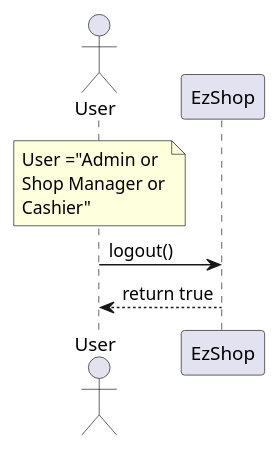
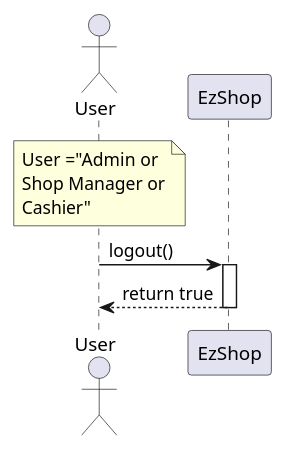
One commit to paocela/EzShop changed diagram 18 of 30 in Deliverables/DesignDocument.md. Above: the diagram before and after it, drawn with PlantUML. The commit also changed other lines of this file, not shown here.

Commit message:
activate/deactivate added to sequence diagrams, typos fixed

````diff
--- a/Deliverables/DesignDocument.md
+++ b/Deliverables/DesignDocument.md
@@ -514,8 +561,10 @@
 ```plantuml
 
 actor User
 note over User: User ="Admin or\nShop Manager or\nCashier"
 User -> EzShop : logout()
+activate EzShop
 User <-- EzShop : return true
+deactivate EzShop
 
 ```
````
